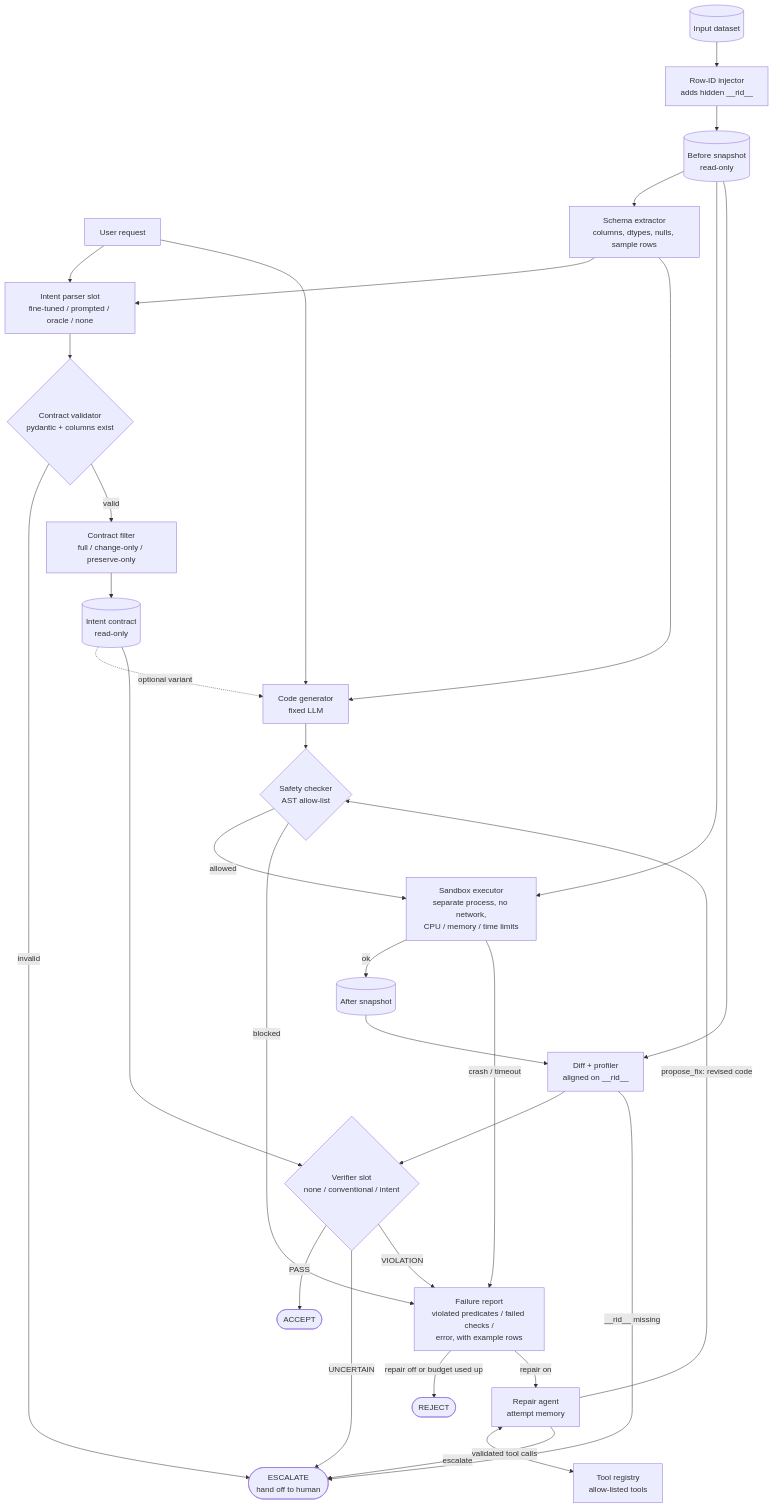
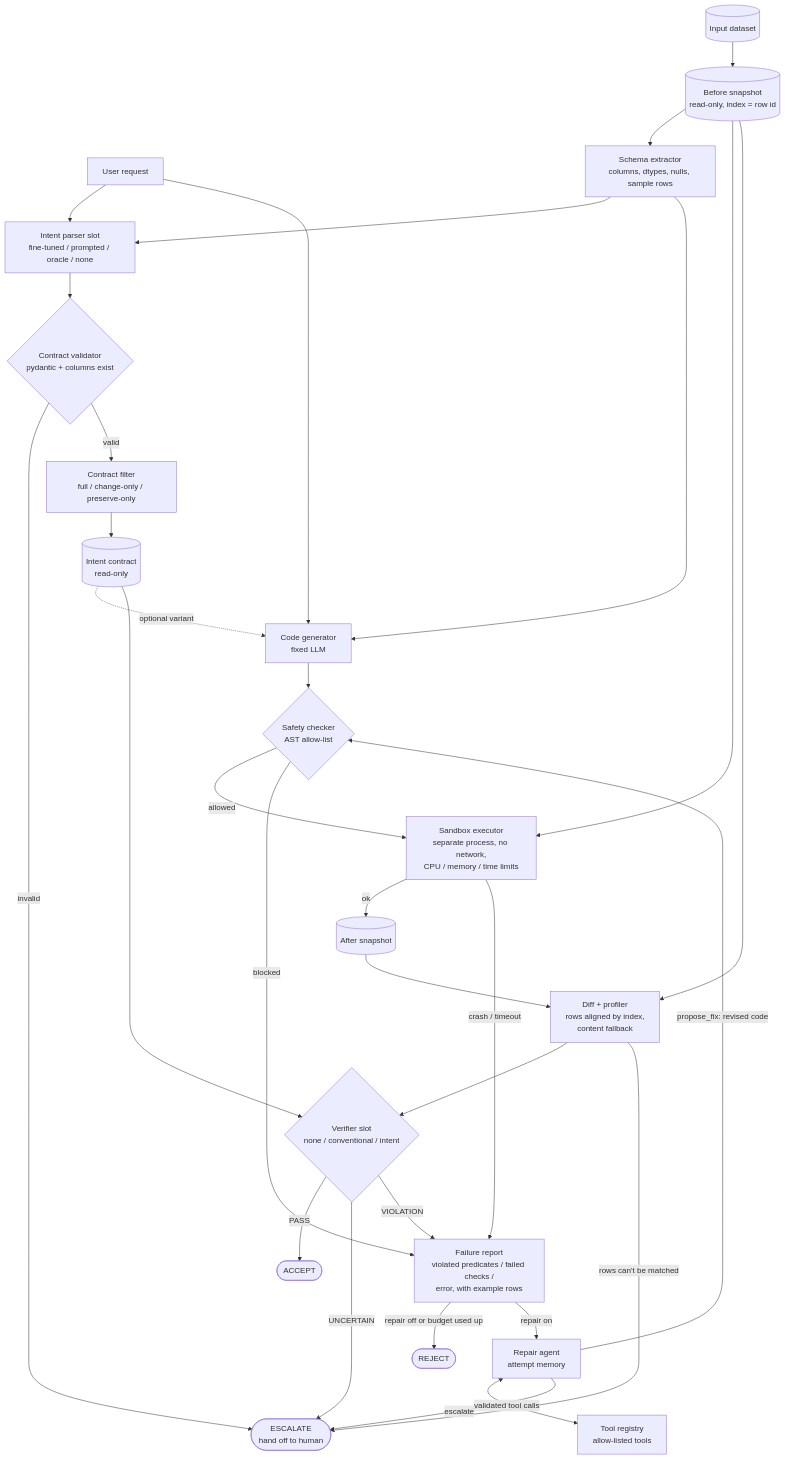
The first of 4 diagrams in README.md (srinivas0307/lma-group-project), drawn with Mermaid before and after one commit. The commit also changed other lines of this file and 968 other files, not shown here.

````diff
--- a/README.md
+++ b/README.md
@@ -179,43 +179,42 @@
 ```mermaid
 flowchart TD
     U[User request]
     D[(Input dataset)]
 
-    D --> RID[Row-ID injector<br/>adds hidden __rid__]
-    RID --> BEF[(Before snapshot<br/>read-only)]
+    D --> BEF[(Before snapshot<br/>read-only, index = row id)]
     BEF --> SCH[Schema extractor<br/>columns, dtypes, nulls, sample rows]
 
     U --> P[Intent parser slot<br/>fine-tuned / prompted / oracle / none]
     SCH --> P
     P --> CV{Contract validator<br/>pydantic + columns exist}
     CV -->|invalid| ESC
     CV -->|valid| CF[Contract filter<br/>full / change-only / preserve-only]
     CF --> C[(Intent contract<br/>read-only)]
 
     U --> G[Code generator<br/>fixed LLM]
     SCH --> G
     C -. optional variant .-> G
 
     G --> SC{Safety checker<br/>AST allow-list}
     SC -->|allowed| SB[Sandbox executor<br/>separate process, no network,<br/>CPU / memory / time limits]
     BEF --> SB
     SB -->|ok| AFT[(After snapshot)]
 
-    BEF --> DF[Diff + profiler<br/>aligned on __rid__]
+    BEF --> DF[Diff + profiler<br/>rows aligned by index,<br/>content fallback]
     AFT --> DF
     DF --> V{Verifier slot<br/>none / conventional / intent}
     C --> V
 
     SC -->|blocked| FR
     SB -->|crash / timeout| FR
-    DF -->|__rid__ missing| ESC
+    DF -->|rows can't be matched| ESC
     V -->|PASS| ACC([ACCEPT])
     V -->|UNCERTAIN| ESC([ESCALATE<br/>hand off to human])
     V -->|VIOLATION| FR[Failure report<br/>violated predicates / failed checks /<br/>error, with example rows]
 
     FR -->|repair off or budget used up| REJ([REJECT])
     FR -->|repair on| RA[Repair agent<br/>attempt memory]
     RA <-->|validated tool calls| TR[Tool registry<br/>allow-listed tools]
     RA -->|propose_fix: revised code| SC
     RA -->|escalate| ESC
 ```
````
